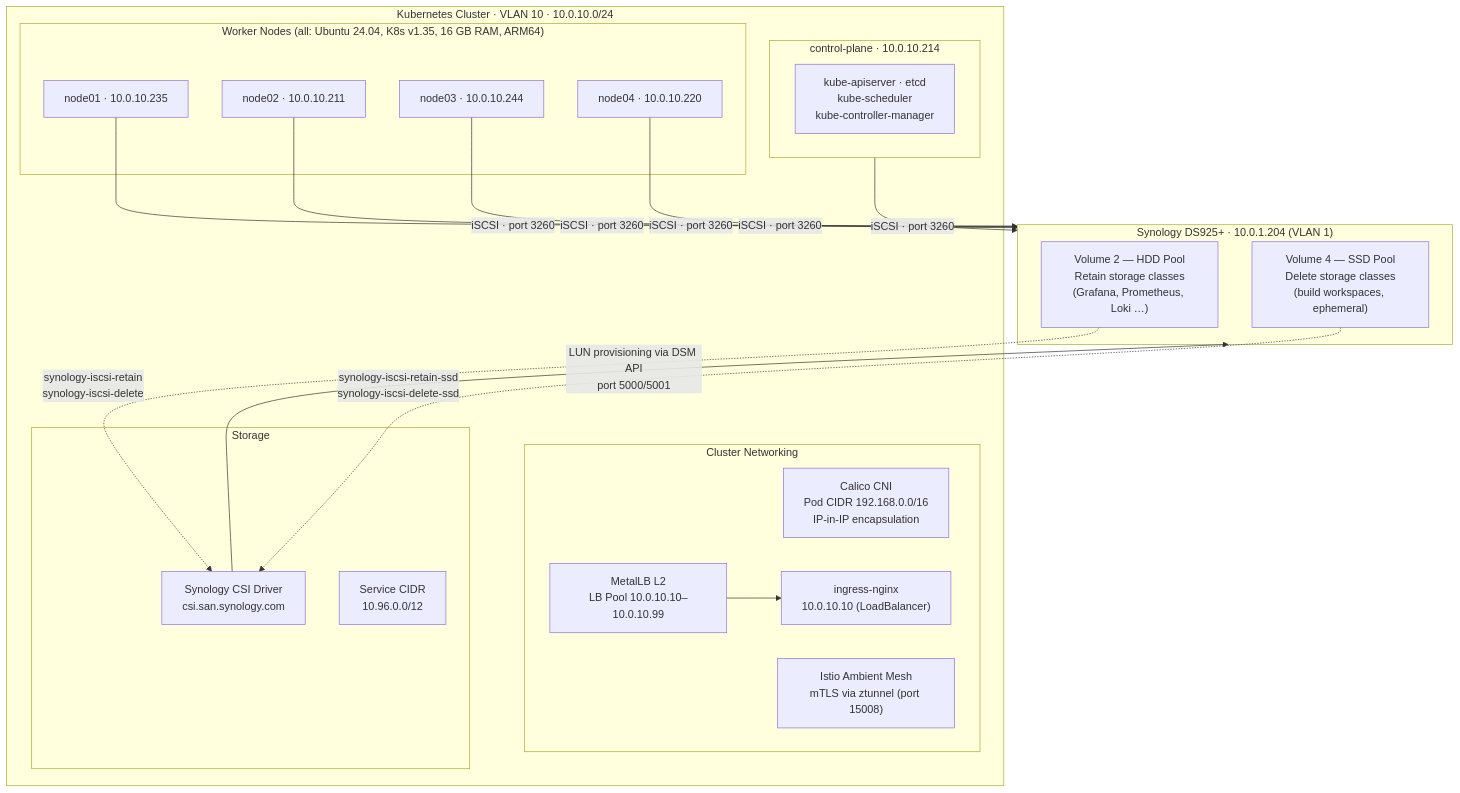
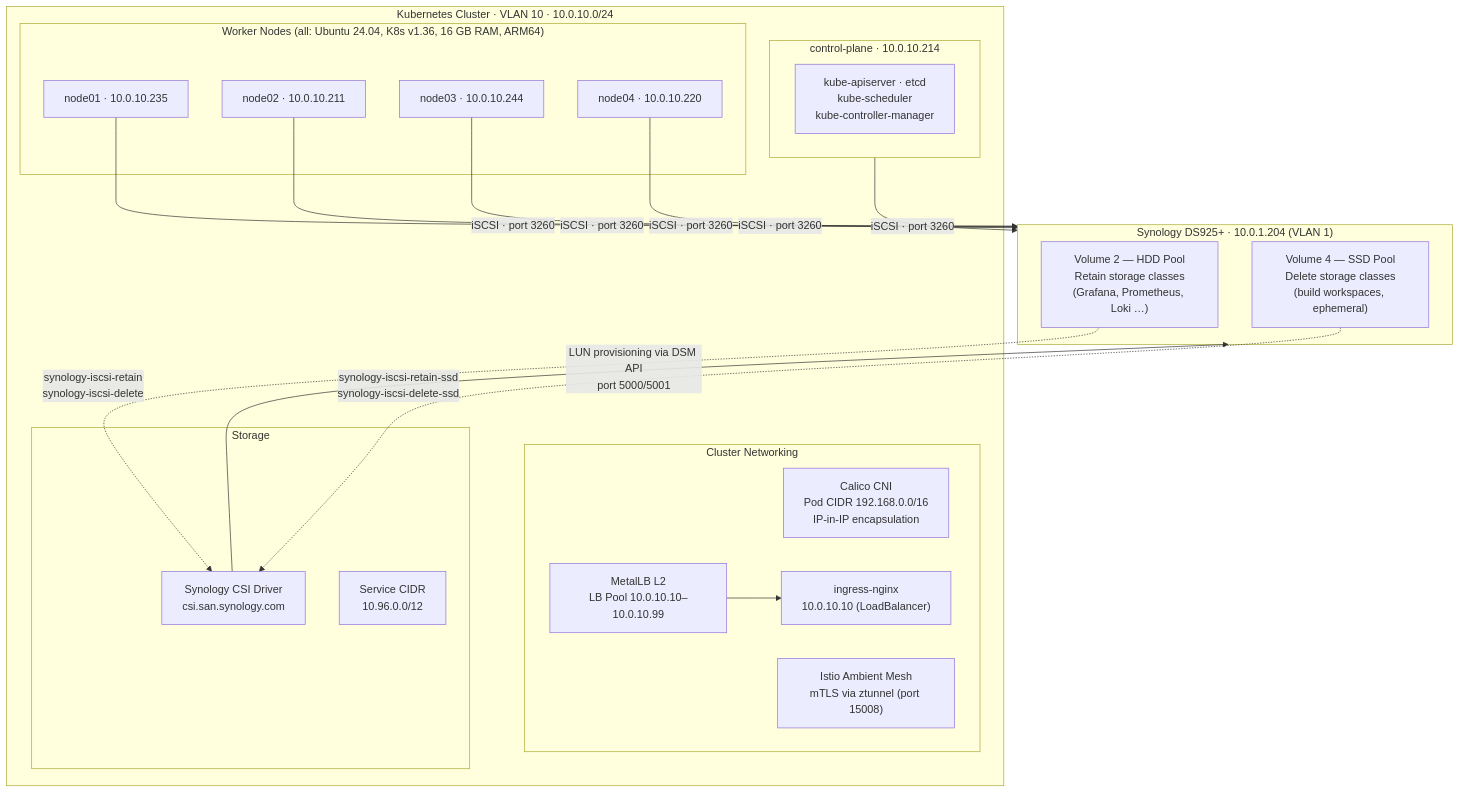
The second of 2 diagrams in docs/networking/overview.md (imcbeth/k8s-docs-n37), drawn with Mermaid before and after one commit. The commit also changed 1 other file, not shown here.

Commit message:
docs: say v1.36 where the cluster version is still v1.35 (#131)
* docs: say v1.36 where the cluster version is still v1.35

The cluster has run v1.36.3 since 2026-07-30. The README and the worker
subgraph in the networking overview still said v1.35.

* docs: update Argo CD app count to 38

---------

````diff
--- a/docs/networking/overview.md
+++ b/docs/networking/overview.md
@@ -127,38 +127,38 @@
 ```mermaid
 graph TB
     subgraph NAS ["Synology DS925+  ·  10.0.1.204  (VLAN 1)"]
         Vol2["Volume 2 — HDD Pool\nRetain storage classes\n(Grafana, Prometheus, Loki …)"]
         Vol4["Volume 4 — SSD Pool\nDelete storage classes\n(build workspaces, ephemeral)"]
     end
 
     subgraph K8s ["Kubernetes Cluster  ·  VLAN 10  ·  10.0.10.0/24"]
         subgraph CP ["control-plane  ·  10.0.10.214"]
             APIServer["kube-apiserver · etcd\nkube-scheduler\nkube-controller-manager"]
         end
 
-        subgraph Workers ["Worker Nodes (all: Ubuntu 24.04, K8s v1.35, 16 GB RAM, ARM64)"]
+        subgraph Workers ["Worker Nodes (all: Ubuntu 24.04, K8s v1.36, 16 GB RAM, ARM64)"]
             N1["node01  ·  10.0.10.235"]
             N2["node02  ·  10.0.10.211"]
             N3["node03  ·  10.0.10.244"]
             N4["node04  ·  10.0.10.220"]
         end
 
         subgraph Networking ["Cluster Networking"]
             Calico["Calico CNI\nPod CIDR 192.168.0.0/16\nIP-in-IP encapsulation"]
             Istio["Istio Ambient Mesh\nmTLS via ztunnel (port 15008)"]
             MLB["MetalLB L2\nLB Pool 10.0.10.10–10.0.10.99"]
             Ingress["ingress-nginx\n10.0.10.10 (LoadBalancer)"]
         end
 
         subgraph Storage ["Storage"]
             CSI["Synology CSI Driver\ncsi.san.synology.com"]
             SvcCIDR["Service CIDR\n10.96.0.0/12"]
         end
     end
 
     CP & N1 & N2 & N3 & N4 -->|"iSCSI  ·  port 3260"| NAS
     CSI -->|"LUN provisioning via DSM API\nport 5000/5001"| NAS
     Vol2 -.->|"synology-iscsi-retain\nsynology-iscsi-delete"| CSI
     Vol4 -.->|"synology-iscsi-retain-ssd\nsynology-iscsi-delete-ssd"| CSI
     MLB --> Ingress
 ```
````
